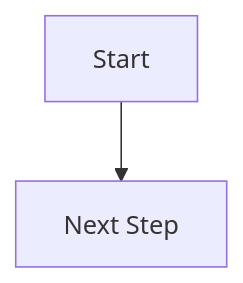
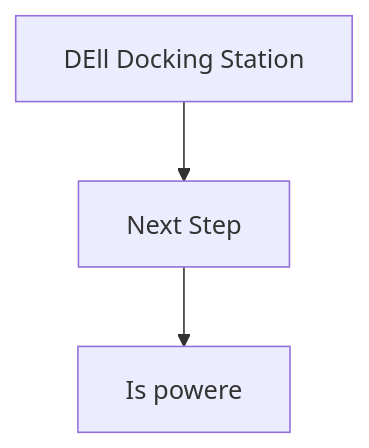
Before and after one commit to ODS-VDTSS/ObsidianGitTest: the diagram in 2026-03-02.md, drawn with Mermaid.

Commit message:
vault backup: 2026-03-02 23:24:39

````diff
--- a/2026-03-02.md
+++ b/2026-03-02.md
@@ -9,4 +9,4 @@
 ```mermaid  
 flowchart TD  
-A[Start] --> B[Next Step]
+A[DEll Docking Station] --> B[Next Step] --> C[Is powere]
 ```
````
